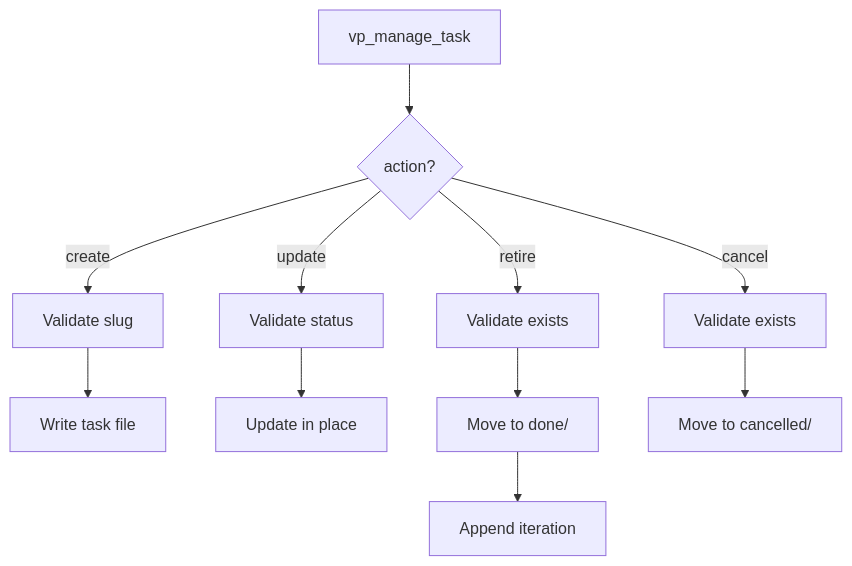
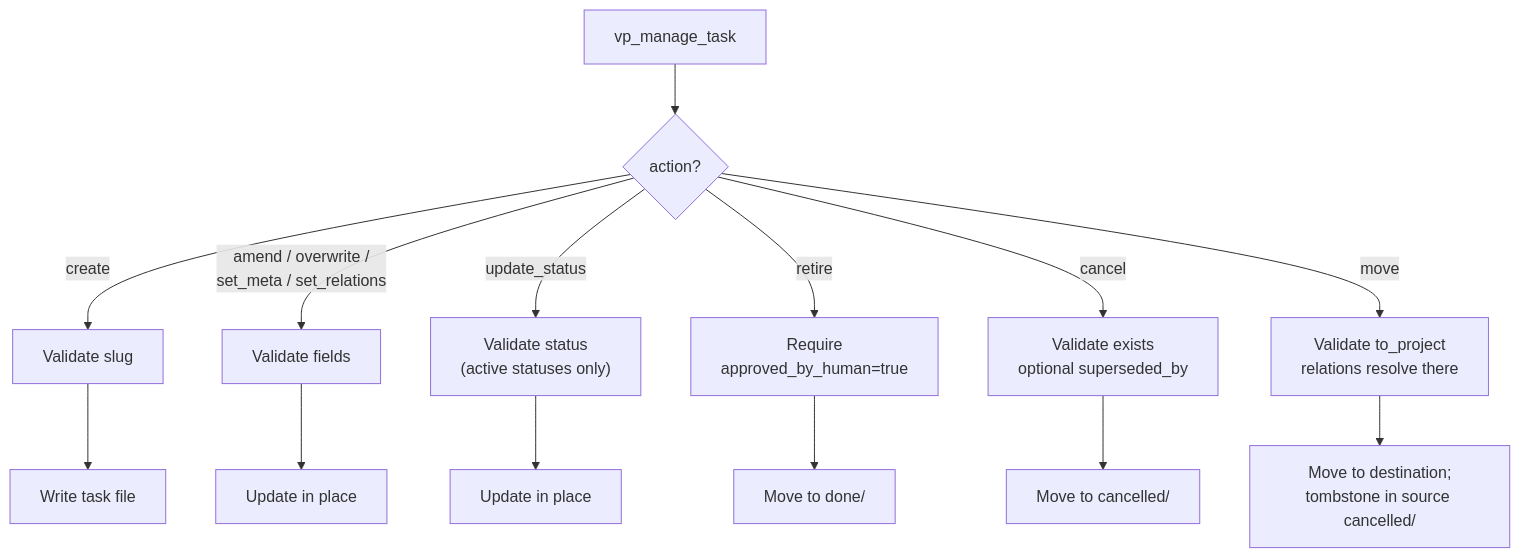
Diagram 12 of 12 in doc/PRD-vibe-palace.md (suykerbuyk/vibe-palace), drawn with Mermaid before and after one commit. The commit also changed other lines of this file and 32 other files, not shown here.

````diff
--- a/doc/PRD-vibe-palace.md
+++ b/doc/PRD-vibe-palace.md
@@ -648,17 +693,22 @@
 ```mermaid
 flowchart TD
     A["vp_manage_task"] --> S{"action?"}
 
     S -->|create| C["Validate slug"]
     C --> CW["Write task file"]
 
-    S -->|update| U["Validate status"]
+    S -->|"amend / overwrite /<br/>set_meta / set_relations"| E["Validate fields"]
+    E --> EW["Update in place"]
+
+    S -->|update_status| U["Validate status<br/>(active statuses only)"]
     U --> UW["Update in place"]
 
-    S -->|retire| R["Validate exists"]
+    S -->|retire| R["Require<br/>approved_by_human=true"]
     R --> RM["Move to done/"]
-    RM --> RI["Append iteration"]
 
-    S -->|cancel| X["Validate exists"]
+    S -->|cancel| X["Validate exists<br/>optional superseded_by"]
     X --> XM["Move to cancelled/"]
+
+    S -->|move| M["Validate to_project<br/>relations resolve there"]
+    M --> MM["Move to destination;<br/>tombstone in source cancelled/"]
 ```
````
